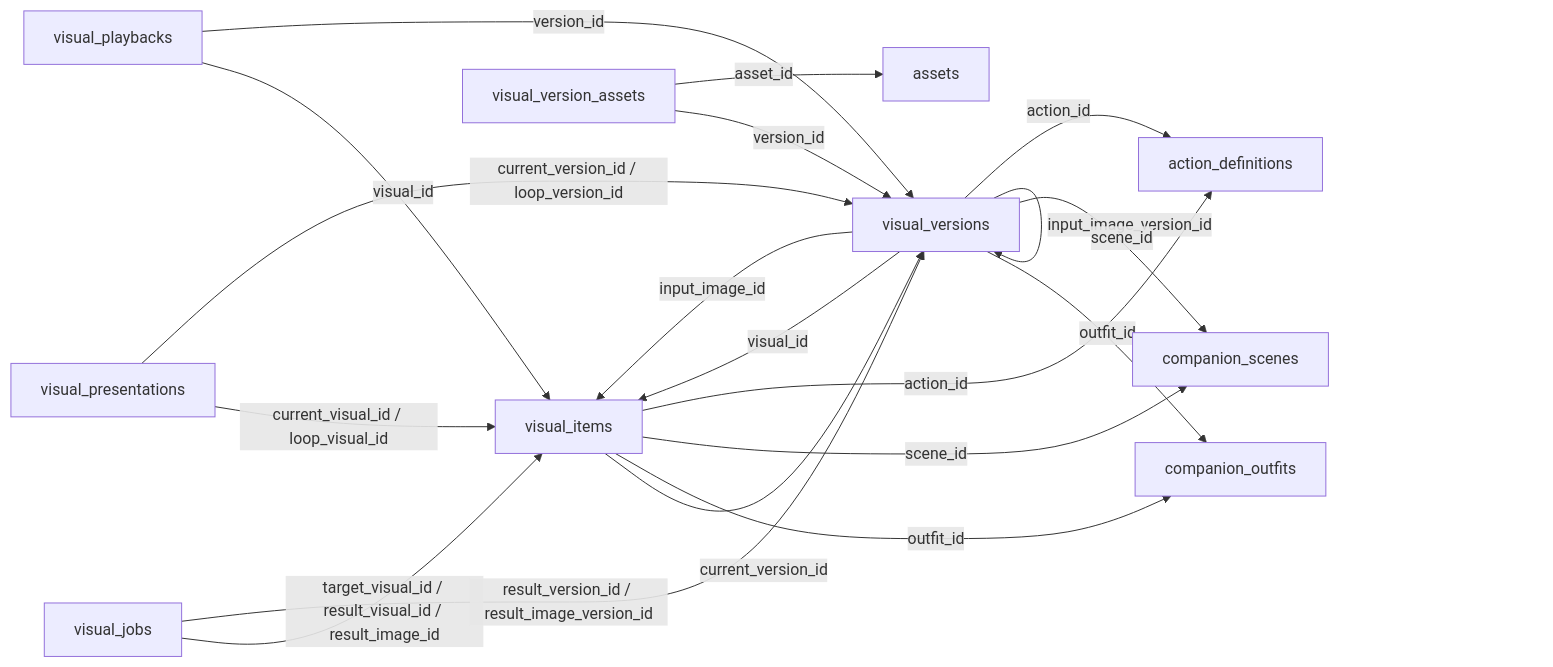
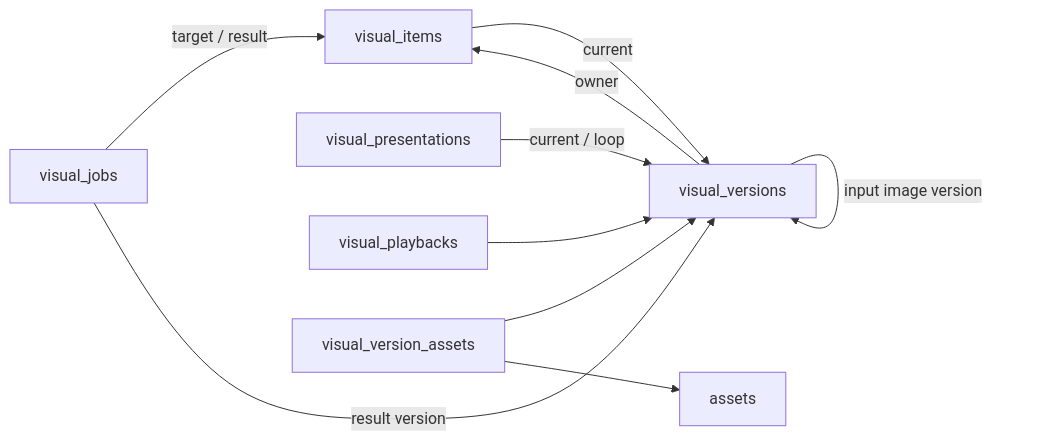
Before and after one commit to yangjinming1062/SpiritAgent: the fifth of 8 diagrams in docs/DATABASE.md, drawn with Mermaid. The commit also changed other lines of this file and 36 other files, not shown here.

````diff
--- a/docs/DATABASE.md
+++ b/docs/DATABASE.md
@@ -110,21 +88,12 @@
 ```mermaid
 flowchart LR
-    visual_items -->|current_version_id| visual_versions
-    visual_versions -->|visual_id| visual_items
-    visual_versions -->|input_image_id| visual_items
-    visual_versions -->|input_image_version_id| visual_versions
-    visual_items -->|outfit_id| companion_outfits
-    visual_items -->|scene_id| companion_scenes
-    visual_items -->|action_id| action_definitions
-    visual_versions -->|outfit_id| companion_outfits
-    visual_versions -->|scene_id| companion_scenes
-    visual_versions -->|action_id| action_definitions
-    visual_version_assets -->|version_id| visual_versions
-    visual_version_assets -->|asset_id| assets
-    visual_jobs -->|target_visual_id / result_visual_id / result_image_id| visual_items
-    visual_jobs -->|result_version_id / result_image_version_id| visual_versions
-    visual_presentations -->|current_visual_id / loop_visual_id| visual_items
-    visual_presentations -->|current_version_id / loop_version_id| visual_versions
-    visual_playbacks -->|visual_id| visual_items
-    visual_playbacks -->|version_id| visual_versions
+    visual_items -->|current| visual_versions
+    visual_versions -->|owner| visual_items
+    visual_versions -->|input image version| visual_versions
+    visual_jobs -->|target / result| visual_items
+    visual_jobs -->|result version| visual_versions
+    visual_presentations -->|current / loop| visual_versions
+    visual_playbacks --> visual_versions
+    visual_version_assets --> visual_versions
+    visual_version_assets --> assets
 ```
````
